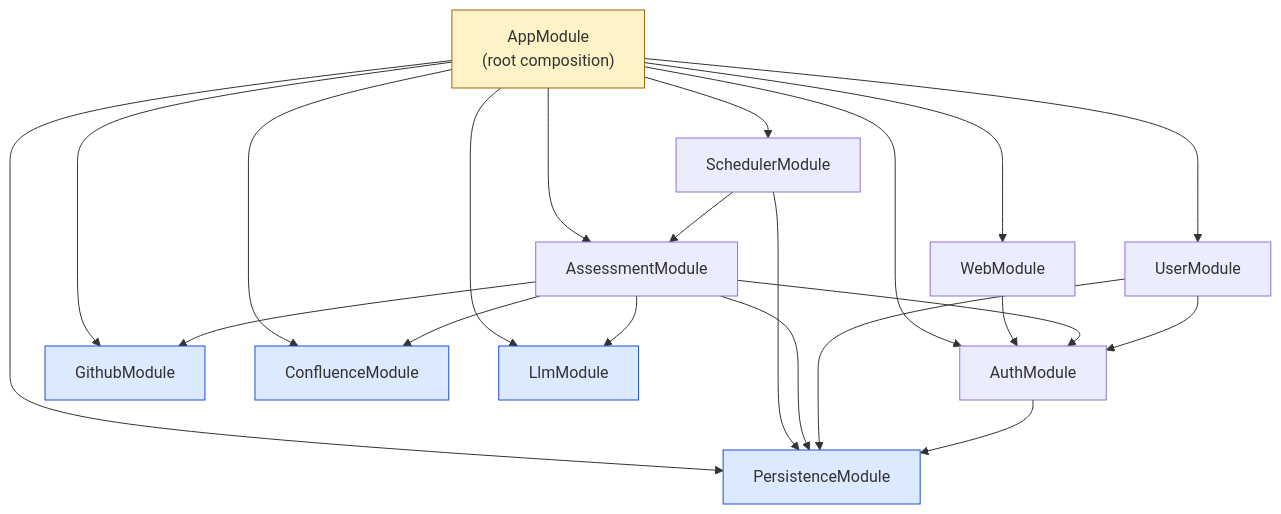
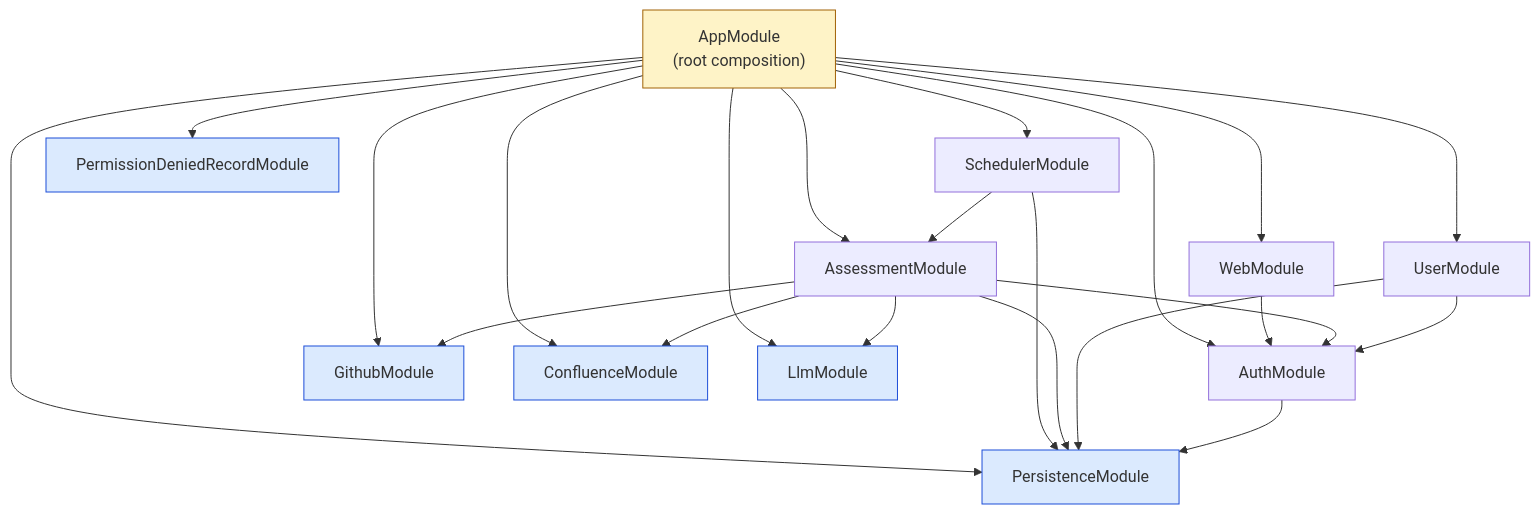
One commit to myungjoo/Assessment-Agent changed the diagram in docs/architecture/modules.md. Above: the diagram before and after it, drawn with Mermaid. The commit also changed other lines of this file and 3 other files, not shown here.

````diff
--- a/docs/architecture/modules.md
+++ b/docs/architecture/modules.md
@@ -48,62 +49,66 @@
 ```mermaid
 graph TB
     %% Root composition
     app["AppModule<br/>(root composition)"]
 
     %% Web layer
     web["WebModule"]
 
     %% Domain modules
     assessment["AssessmentModule"]
     user["UserModule"]
     scheduler["SchedulerModule"]
 
     %% Auth (used by controllers/guards across domain modules)
     auth["AuthModule"]
 
     %% External adapters (leaves, no internal imports)
     github["GithubModule"]
     confluence["ConfluenceModule"]
     llm["LlmModule"]
 
+    %% Permission-denied audit persistence (leaf, @Global PrismaService only)
+    permissionDenied["PermissionDeniedRecordModule"]
+
     %% Persistence (leaf, only external PostgreSQL TCP)
     persistence["PersistenceModule"]
 
     %% Root composition — AppModule imports every top-level module
     app --> web
     app --> assessment
     app --> user
     app --> scheduler
     app --> auth
     app --> github
     app --> confluence
     app --> llm
+    app --> permissionDenied
     app --> persistence
 
     %% Web → Auth (정적 자산 접근 권한)
     web --> auth
 
     %% Scheduler → Assessment (cron 시각 도달 시 평가 trigger)
     scheduler --> assessment
     scheduler --> persistence
 
     %% Assessment 는 평가 파이프라인 — 모든 adapter + persistence + auth 사용
     assessment --> persistence
     assessment --> auth
     assessment --> github
     assessment --> confluence
     assessment --> llm
 
     %% User → Persistence + Auth
     user --> persistence
     user --> auth
 
     %% Auth → Persistence (사용자·역할 read)
     auth --> persistence
 
     %% Styling — leaf 외부 adapter / persistence 강조
     classDef leaf fill:#dbeafe,stroke:#1d4ed8
     classDef root fill:#fef3c7,stroke:#a16207
-    class github,confluence,llm,persistence leaf
+    class github,confluence,llm,permissionDenied,persistence leaf
     class app root
 ```
````
